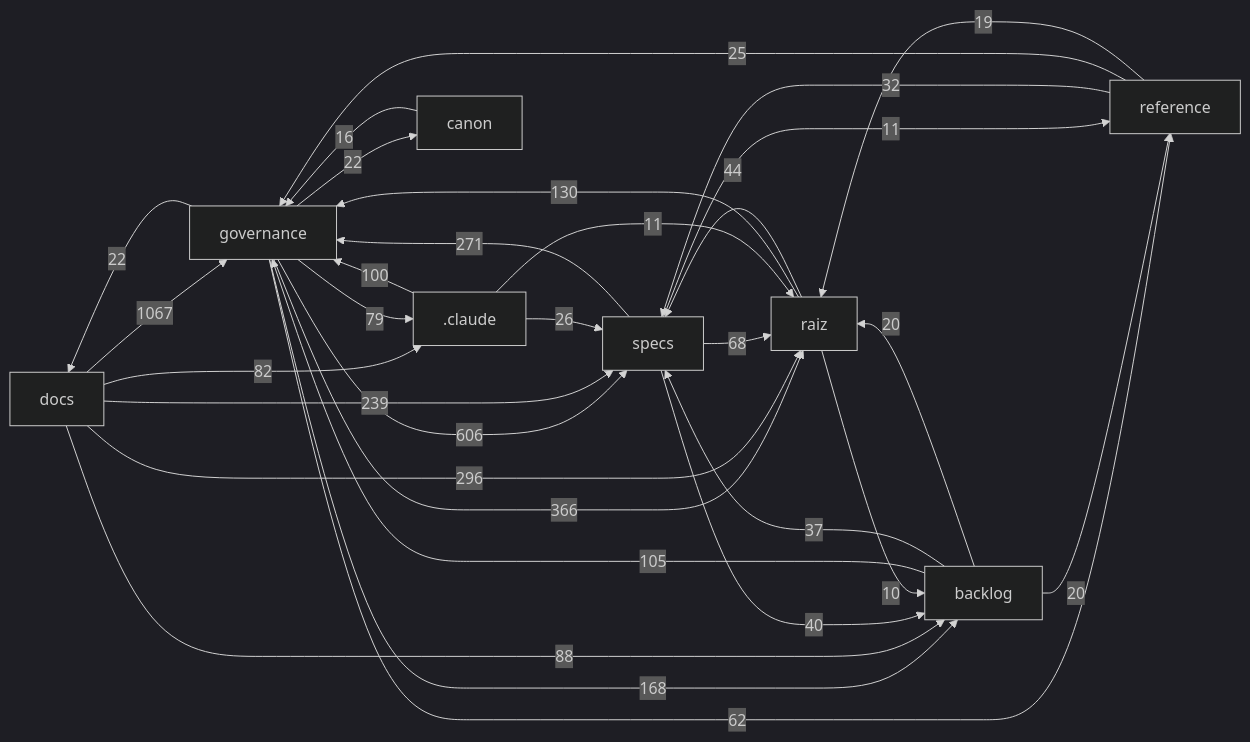
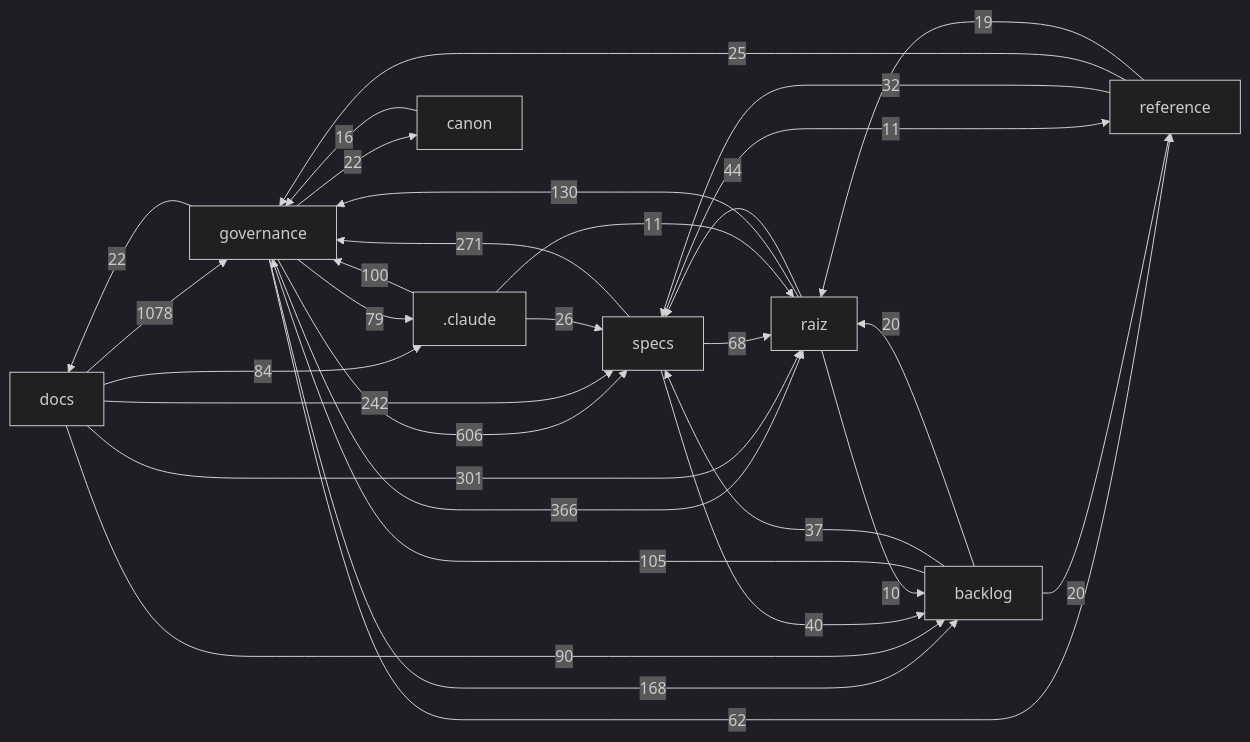
The diagram in docs/mapa/MAPA-PROJETO.md (Andraus35/Sistema-Operacional-de-Trading--SOT), drawn with Mermaid (dark theme) before and after one commit. The commit also changed other lines of this file and 6 other files, not shown here.

First line of the commit message:
gate_extra: decisoes fechadas no ROADMAP deixam de contar como abertas; registra gate_extra e spec_delta em MECANISMOS; HANDOFF HO-61

````diff
--- a/docs/mapa/MAPA-PROJETO.md
+++ b/docs/mapa/MAPA-PROJETO.md
@@ -29,33 +29,33 @@
 ```mermaid
 flowchart LR
-  docs["docs"] -->|1067| governance["governance"]
+  docs["docs"] -->|1078| governance["governance"]
   governance["governance"] -->|606| specs["specs"]
   governance["governance"] -->|366| raiz["raiz"]
-  docs["docs"] -->|296| raiz["raiz"]
+  docs["docs"] -->|301| raiz["raiz"]
   specs["specs"] -->|271| governance["governance"]
-  docs["docs"] -->|239| specs["specs"]
+  docs["docs"] -->|242| specs["specs"]
   governance["governance"] -->|168| backlog["backlog"]
   raiz["raiz"] -->|130| governance["governance"]
   backlog["backlog"] -->|105| governance["governance"]
   _claude[".claude"] -->|100| governance["governance"]
-  docs["docs"] -->|88| backlog["backlog"]
-  docs["docs"] -->|82| _claude[".claude"]
+  docs["docs"] -->|90| backlog["backlog"]
+  docs["docs"] -->|84| _claude[".claude"]
   governance["governance"] -->|79| _claude[".claude"]
   specs["specs"] -->|68| raiz["raiz"]
   governance["governance"] -->|62| reference["reference"]
   raiz["raiz"] -->|44| specs["specs"]
   specs["specs"] -->|40| backlog["backlog"]
   backlog["backlog"] -->|37| specs["specs"]
   reference["reference"] -->|32| specs["specs"]
   _claude[".claude"] -->|26| specs["specs"]
   reference["reference"] -->|25| governance["governance"]
   governance["governance"] -->|22| docs["docs"]
   governance["governance"] -->|22| canon["canon"]
   backlog["backlog"] -->|20| raiz["raiz"]
   backlog["backlog"] -->|20| reference["reference"]
   reference["reference"] -->|19| raiz["raiz"]
   canon["canon"] -->|16| governance["governance"]
   _claude[".claude"] -->|11| raiz["raiz"]
   specs["specs"] -->|11| reference["reference"]
   raiz["raiz"] -->|10| backlog["backlog"]
 ```
````
